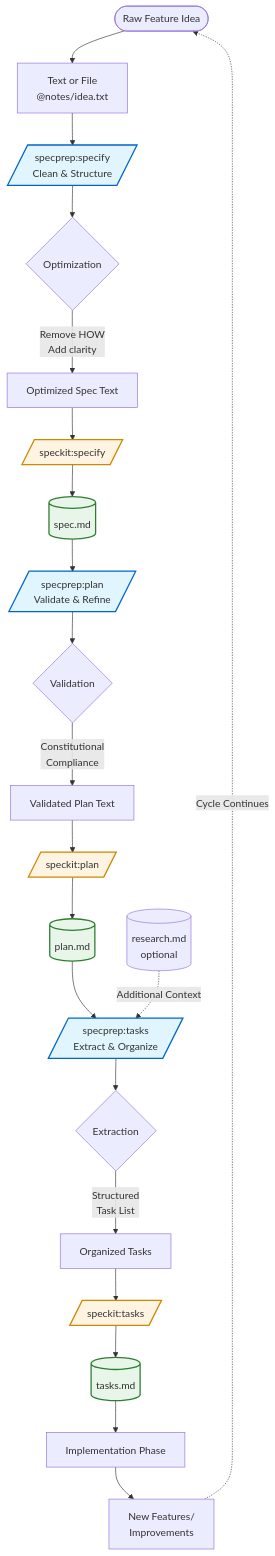
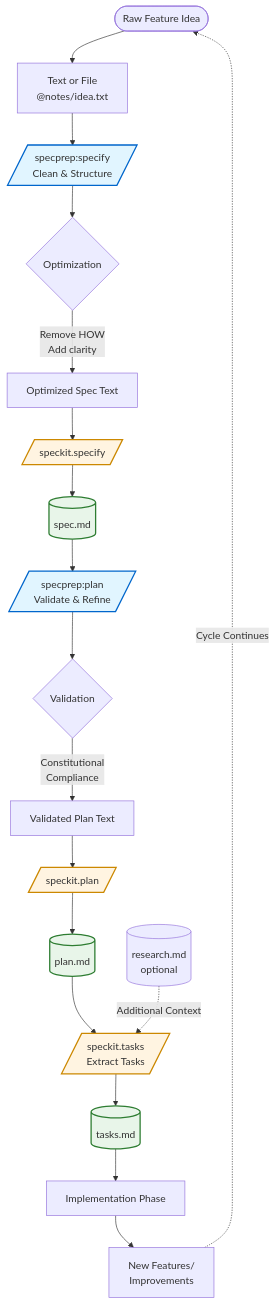
One commit to joaquimscosta/arkhe-claude-plugins changed the diagram in specprep/README.md. Above: the diagram before and after it, drawn with Mermaid. The commit also changed other lines of this file and 3 other files, not shown here.

First line of the commit message:
refactor(specprep): implement automatic command chaining and remove tasks command

````diff
--- a/specprep/README.md
+++ b/specprep/README.md
@@ -31,40 +32,35 @@
 ```mermaid
 flowchart TD
     Start([Raw Feature Idea]) --> Input1[Text or File<br/>@notes/idea.txt]
 
     Input1 --> SpecPrep1[/specprep:specify<br/>Clean & Structure/]
     SpecPrep1 --> Opt1{Optimization}
     Opt1 -->|Remove HOW<br/>Add clarity| Output1[Optimized Spec Text]
 
-    Output1 --> SpecKit1[/speckit:specify/]
+    Output1 --> SpecKit1[/speckit.specify/]
     SpecKit1 --> Artifact1[(spec.md)]
 
     Artifact1 --> SpecPrep2[/specprep:plan<br/>Validate & Refine/]
     SpecPrep2 --> Opt2{Validation}
     Opt2 -->|Constitutional<br/>Compliance| Output2[Validated Plan Text]
 
-    Output2 --> SpecKit2[/speckit:plan/]
+    Output2 --> SpecKit2[/speckit.plan/]
     SpecKit2 --> Artifact2[(plan.md)]
 
-    Artifact2 --> SpecPrep3[/specprep:tasks<br/>Extract & Organize/]
-    Research[(research.md<br/>optional)] -.->|Additional Context| SpecPrep3
-    SpecPrep3 --> Opt3{Extraction}
-    Opt3 -->|Structured<br/>Task List| Output3[Organized Tasks]
-
-    Output3 --> SpecKit3[/speckit:tasks/]
+    Artifact2 --> SpecKit3[/speckit.tasks<br/>Extract Tasks/]
+    Research[(research.md<br/>optional)] -.->|Additional Context| SpecKit3
     SpecKit3 --> Artifact3[(tasks.md)]
 
     Artifact3 --> Implementation[Implementation Phase]
     Implementation --> NewIdeas[New Features/<br/>Improvements]
     NewIdeas -.->|Cycle Continues| Start
 
     style SpecPrep1 fill:#e1f5ff,stroke:#0066cc,stroke-width:2px
     style SpecPrep2 fill:#e1f5ff,stroke:#0066cc,stroke-width:2px
-    style SpecPrep3 fill:#e1f5ff,stroke:#0066cc,stroke-width:2px
     style SpecKit1 fill:#fff4e1,stroke:#cc8800,stroke-width:2px
     style SpecKit2 fill:#fff4e1,stroke:#cc8800,stroke-width:2px
     style SpecKit3 fill:#fff4e1,stroke:#cc8800,stroke-width:2px
     style Artifact1 fill:#e8f5e9,stroke:#2e7d32,stroke-width:2px
     style Artifact2 fill:#e8f5e9,stroke:#2e7d32,stroke-width:2px
     style Artifact3 fill:#e8f5e9,stroke:#2e7d32,stroke-width:2px
 ```
````
